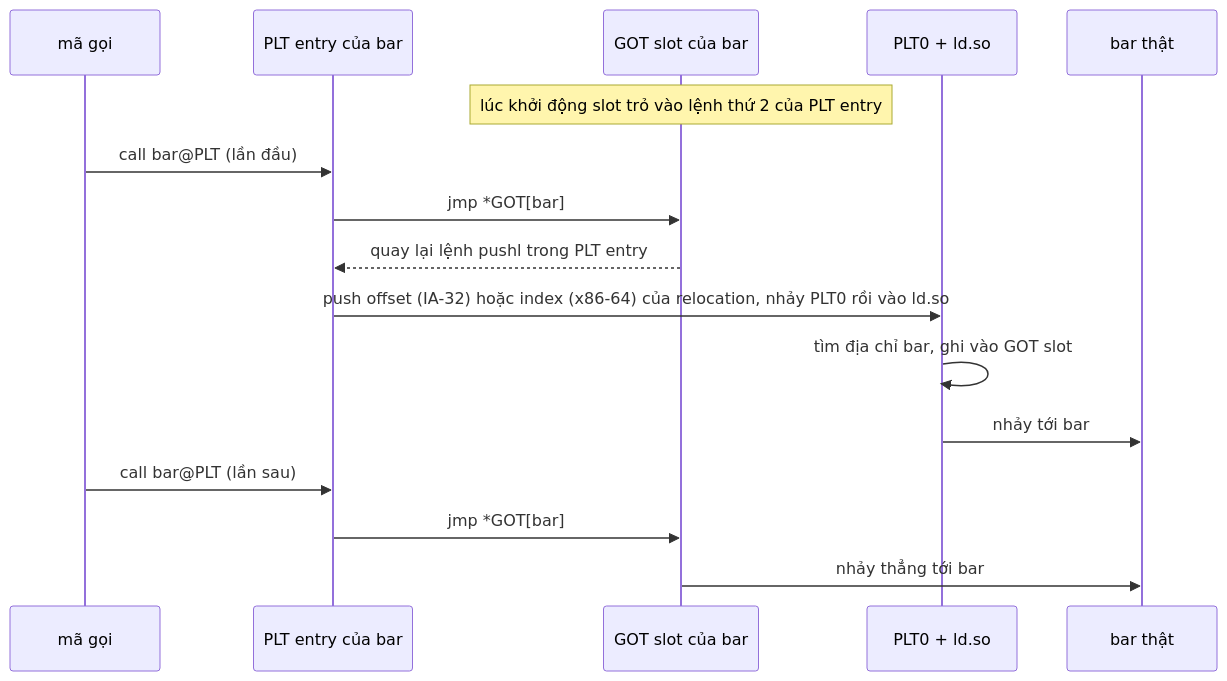
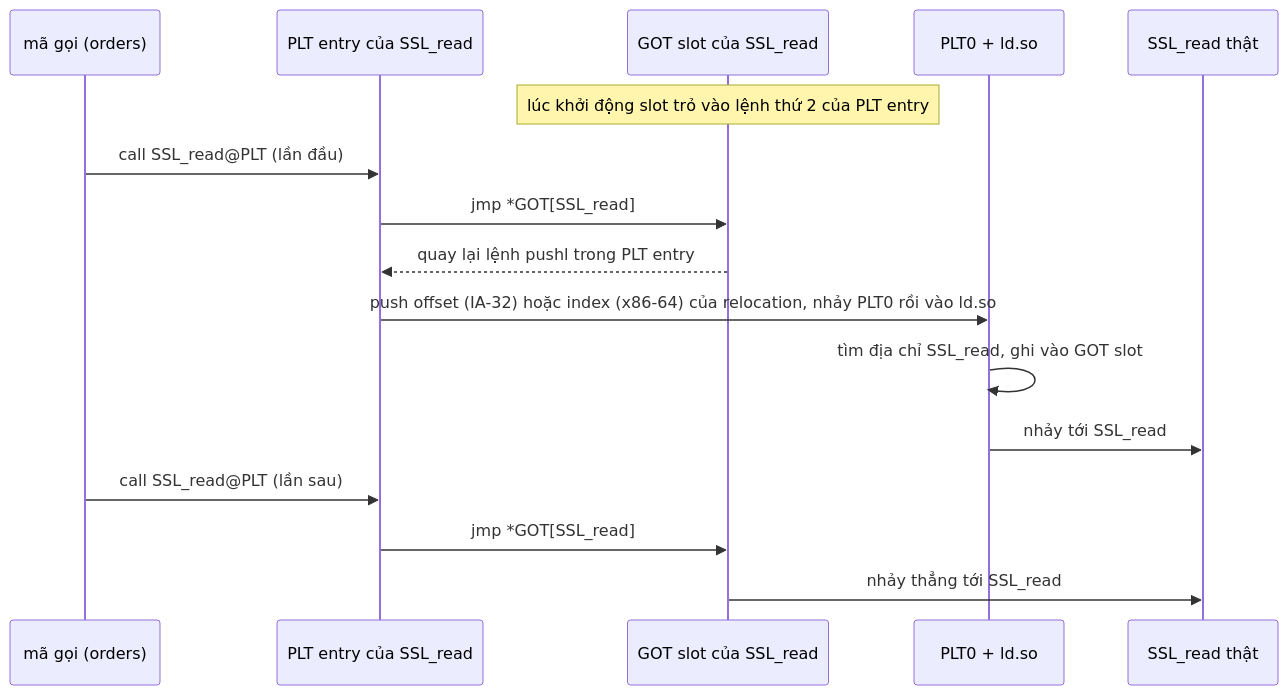
Before and after one commit to pirumu/irust: the fourth of 4 diagrams in docs/11-do-dac-va-go-loi/06-elf-linker-loader.md, drawn with Mermaid. The commit also changed other lines of this file and 35 other files, not shown here.

````diff
--- a/docs/11-do-dac-va-go-loi/06-elf-linker-loader.md
+++ b/docs/11-do-dac-va-go-loi/06-elf-linker-loader.md
@@ -257,18 +341,18 @@
 ```mermaid
 sequenceDiagram
-  participant C as mã gọi
-  participant S as PLT entry của bar
-  participant G as GOT slot của bar
+  participant C as mã gọi (orders)
+  participant S as PLT entry của SSL_read
+  participant G as GOT slot của SSL_read
   participant R as PLT0 + ld.so
-  participant F as bar thật
+  participant F as SSL_read thật
   Note over G: lúc khởi động slot trỏ vào lệnh thứ 2 của PLT entry
-  C->>S: call bar@PLT (lần đầu)
-  S->>G: jmp *GOT[bar]
+  C->>S: call SSL_read@PLT (lần đầu)
+  S->>G: jmp *GOT[SSL_read]
   G-->>S: quay lại lệnh pushl trong PLT entry
   S->>R: push offset (IA-32) hoặc index (x86-64) của relocation, nhảy PLT0 rồi vào ld.so
-  R->>R: tìm địa chỉ bar, ghi vào GOT slot
-  R->>F: nhảy tới bar
-  C->>S: call bar@PLT (lần sau)
-  S->>G: jmp *GOT[bar]
-  G->>F: nhảy thẳng tới bar
+  R->>R: tìm địa chỉ SSL_read, ghi vào GOT slot
+  R->>F: nhảy tới SSL_read
+  C->>S: call SSL_read@PLT (lần sau)
+  S->>G: jmp *GOT[SSL_read]
+  G->>F: nhảy thẳng tới SSL_read
 ```
````
